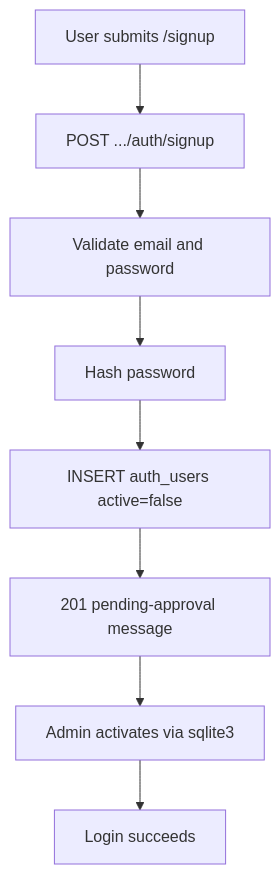
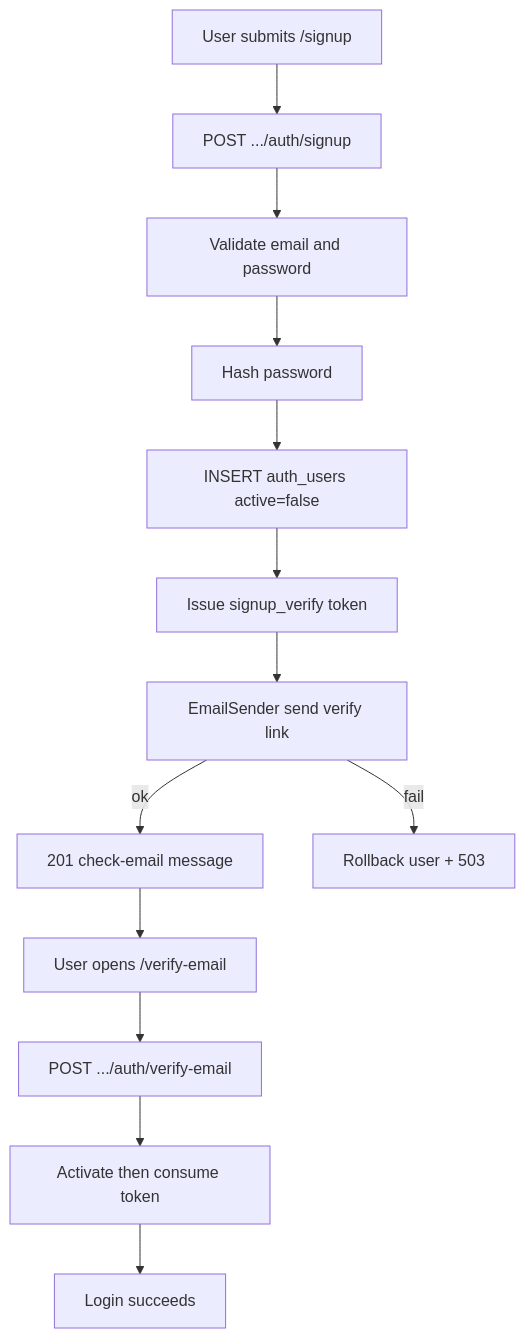
Before and after one commit to mikeyjay39/life-manager: the first of 5 diagrams in docs/development_faq.md, drawn with Mermaid. The commit also changed other lines of this file and 1 other file, not shown here.

Commit message:
Document email verify flows and Resend ops checklist.

````diff
--- a/docs/development_faq.md
+++ b/docs/development_faq.md
@@ -143,10 +143,15 @@
 ```mermaid
 flowchart TD
   A[User submits /signup] --> B[POST .../auth/signup]
   B --> C[Validate email and password]
   C --> D[Hash password]
   D --> E["INSERT auth_users active=false"]
-  E --> F[201 pending-approval message]
-  F --> G[Admin activates via sqlite3]
-  G --> H[Login succeeds]
+  E --> F[Issue signup_verify token]
+  F --> G[EmailSender send verify link]
+  G -->|ok| H[201 check-email message]
+  G -->|fail| I[Rollback user + 503]
+  H --> J[User opens /verify-email]
+  J --> K[POST .../auth/verify-email]
+  K --> L[Activate then consume token]
+  L --> M[Login succeeds]
 ```
````
